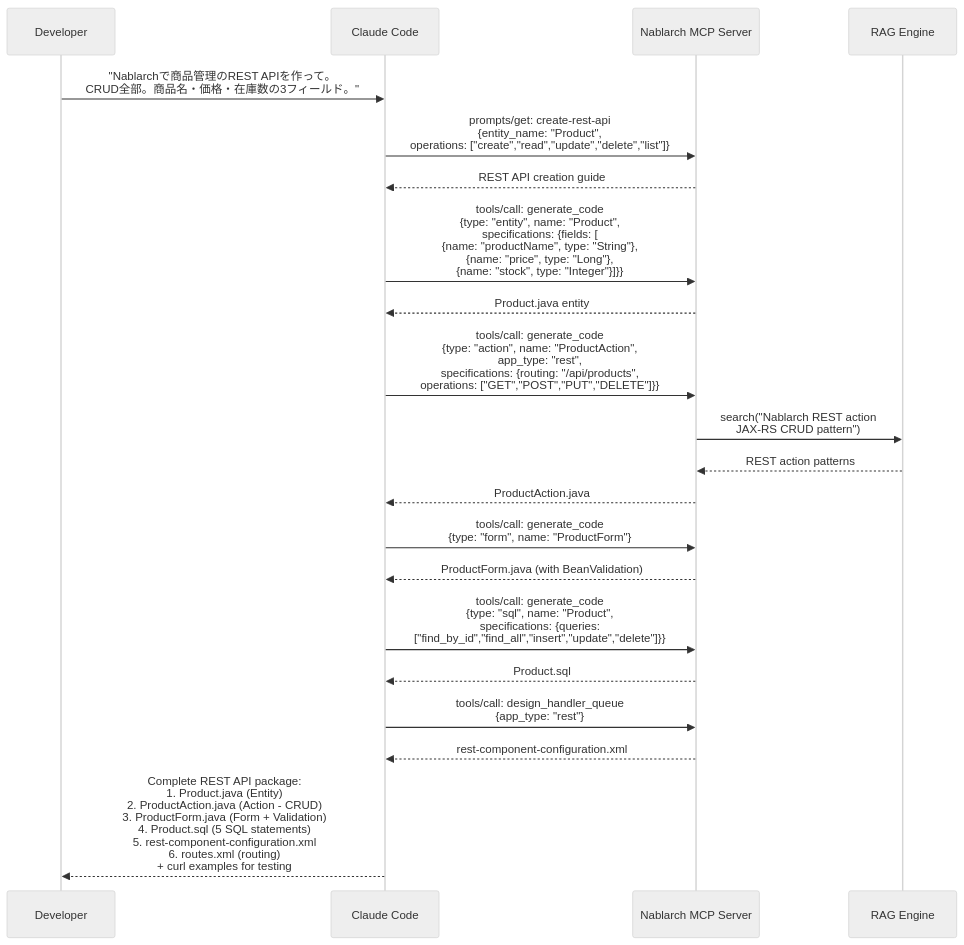
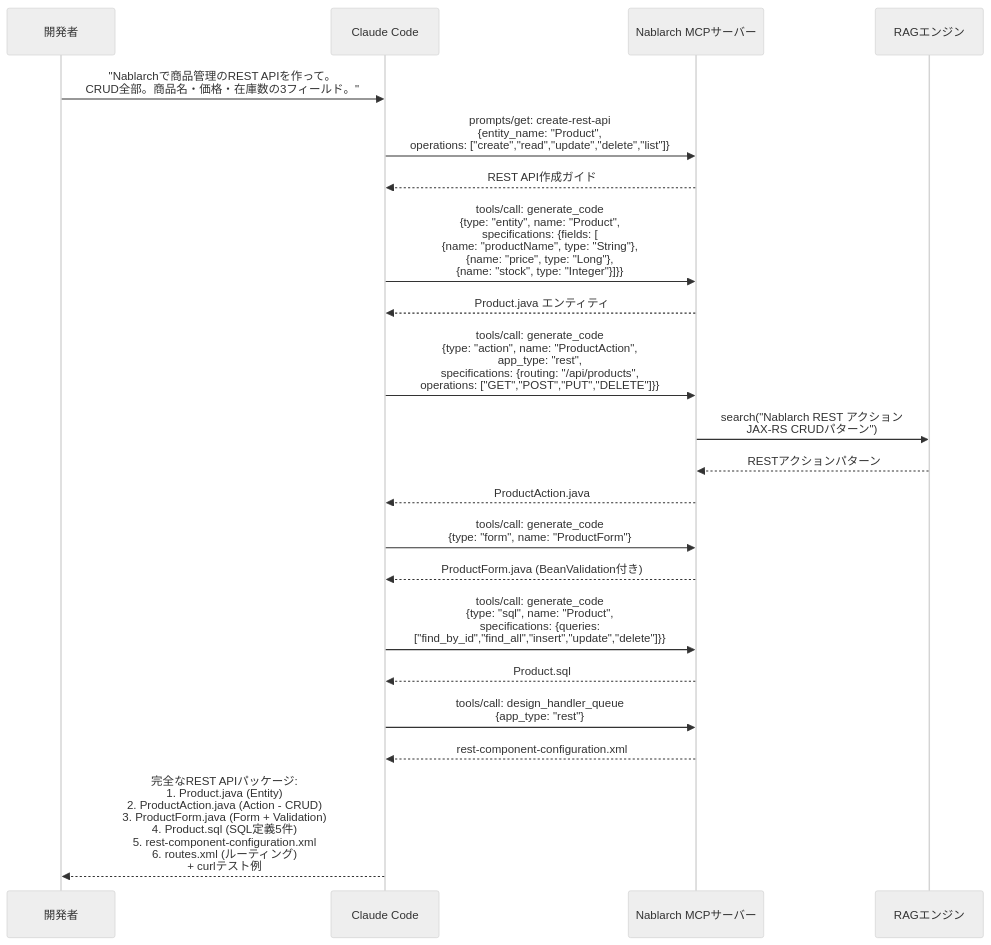
The ninth of 9 diagrams in docs/use-cases.md (kumagoro1202/nablarch-mcp-server), drawn with Mermaid (neutral theme) before and after one commit. The commit also changed other lines of this file and 3 other files, not shown here.

````diff
--- a/docs/use-cases.md
+++ b/docs/use-cases.md
@@ -1031,31 +1007,31 @@
 ```mermaid
 sequenceDiagram
-    participant Dev as Developer
+    participant Dev as 開発者
     participant AI as Claude Code
-    participant MCP as Nablarch MCP Server
-    participant RAG as RAG Engine
+    participant MCP as Nablarch MCPサーバー
+    participant RAG as RAGエンジン
 
     Dev->>AI: "Nablarchで商品管理のREST APIを作って。<br/>CRUD全部。商品名・価格・在庫数の3フィールド。"
 
     AI->>MCP: prompts/get: create-rest-api<br/>{entity_name: "Product",<br/> operations: ["create","read","update","delete","list"]}
-    MCP-->>AI: REST API creation guide
+    MCP-->>AI: REST API作成ガイド
 
     AI->>MCP: tools/call: generate_code<br/>{type: "entity", name: "Product",<br/> specifications: {fields: [<br/>  {name: "productName", type: "String"},<br/>  {name: "price", type: "Long"},<br/>  {name: "stock", type: "Integer"}]}}
-    MCP-->>AI: Product.java entity
+    MCP-->>AI: Product.java エンティティ
 
     AI->>MCP: tools/call: generate_code<br/>{type: "action", name: "ProductAction",<br/> app_type: "rest",<br/> specifications: {routing: "/api/products",<br/>  operations: ["GET","POST","PUT","DELETE"]}}
-    MCP->>RAG: search("Nablarch REST action<br/>JAX-RS CRUD pattern")
-    RAG-->>MCP: REST action patterns
+    MCP->>RAG: search("Nablarch REST アクション<br/>JAX-RS CRUDパターン")
+    RAG-->>MCP: RESTアクションパターン
     MCP-->>AI: ProductAction.java
 
     AI->>MCP: tools/call: generate_code<br/>{type: "form", name: "ProductForm"}
-    MCP-->>AI: ProductForm.java (with BeanValidation)
+    MCP-->>AI: ProductForm.java (BeanValidation付き)
 
     AI->>MCP: tools/call: generate_code<br/>{type: "sql", name: "Product",<br/> specifications: {queries:<br/>  ["find_by_id","find_all","insert","update","delete"]}}
     MCP-->>AI: Product.sql
 
     AI->>MCP: tools/call: design_handler_queue<br/>{app_type: "rest"}
     MCP-->>AI: rest-component-configuration.xml
 
-    AI-->>Dev: Complete REST API package:<br/>1. Product.java (Entity)<br/>2. ProductAction.java (Action - CRUD)<br/>3. ProductForm.java (Form + Validation)<br/>4. Product.sql (5 SQL statements)<br/>5. rest-component-configuration.xml<br/>6. routes.xml (routing)<br/>+ curl examples for testing
+    AI-->>Dev: 完全なREST APIパッケージ:<br/>1. Product.java (Entity)<br/>2. ProductAction.java (Action - CRUD)<br/>3. ProductForm.java (Form + Validation)<br/>4. Product.sql (SQL定義5件)<br/>5. rest-component-configuration.xml<br/>6. routes.xml (ルーティング)<br/>+ curlテスト例
 ```
````
